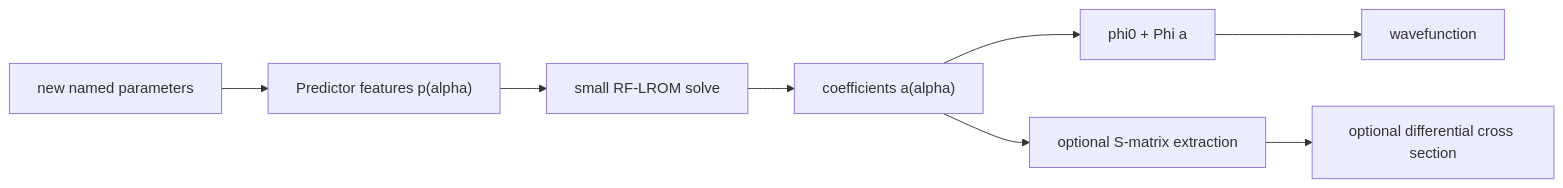
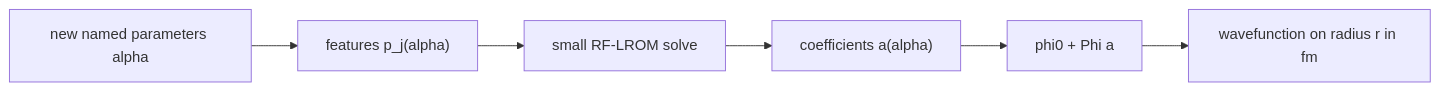
One commit to nitrogen5052/Learning-Reduced-Order-Models changed the third of 3 diagrams in docs/LROM_ARCHITECTURE_UNDERSTANDING.md. Above: the diagram before and after it, drawn with Mermaid. The commit also changed other lines of this file and 4 other files, not shown here.

````diff
--- a/docs/LROM_ARCHITECTURE_UNDERSTANDING.md
+++ b/docs/LROM_ARCHITECTURE_UNDERSTANDING.md
@@ -56,11 +96,8 @@
 ```mermaid
 flowchart LR
-    A["new named parameters"] --> B["Predictor features p(alpha)"]
+    A["new named parameters alpha"] --> B["features p_j(alpha)"]
     B --> C["small RF-LROM solve"]
     C --> D["coefficients a(alpha)"]
     D --> E["phi0 + Phi a"]
-    E --> F["wavefunction"]
-
-    D --> G["optional S-matrix extraction"]
-    G --> H["optional differential cross section"]
+    E --> F["wavefunction on radius r in fm"]
 ```
````
